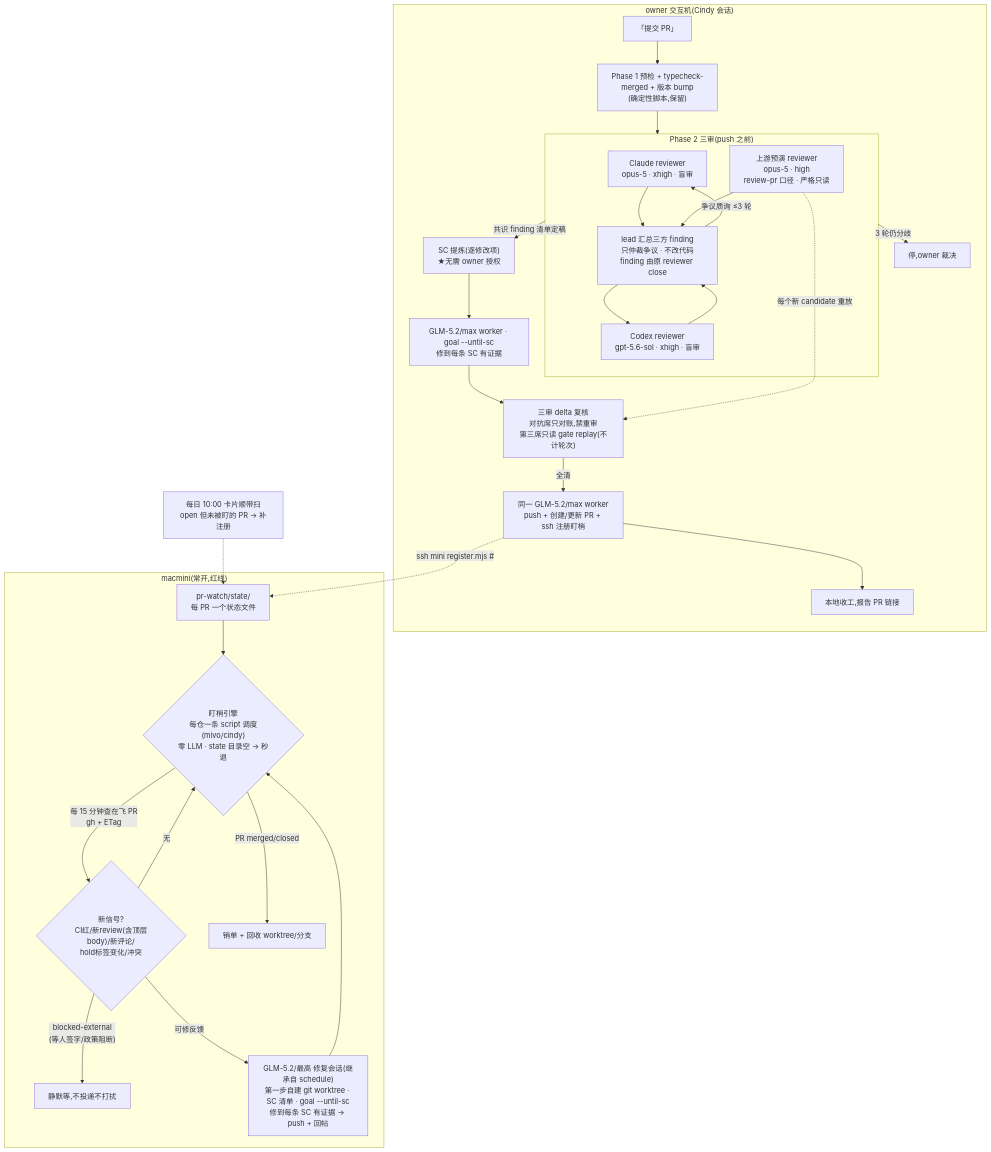
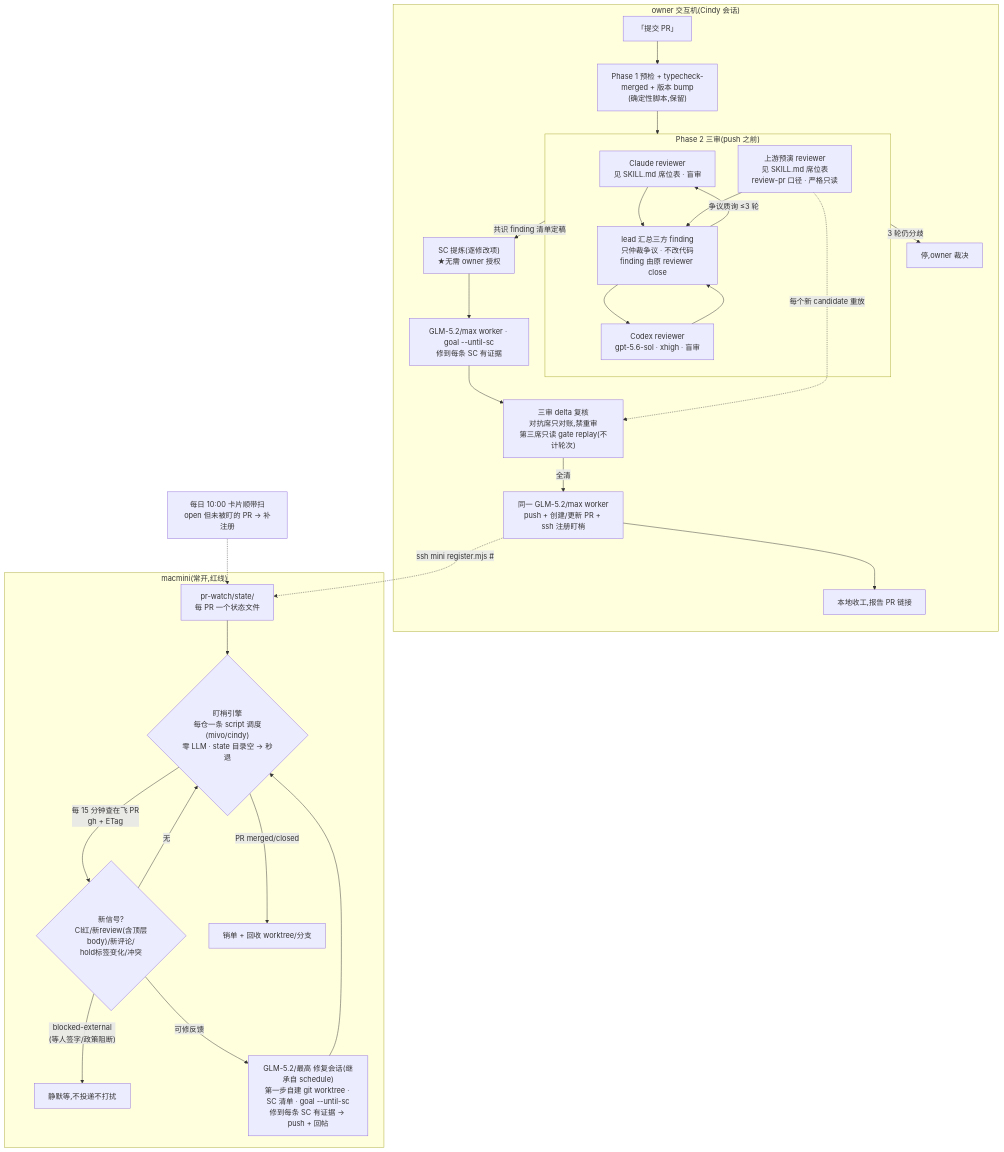
Before and after one commit to PraiseZhu/pr-autopilot: the diagram in docs/plan.md, drawn with Mermaid. The commit also changed other lines of this file and 1 other file, not shown here.

````diff
--- a/docs/plan.md
+++ b/docs/plan.md
@@ -51,43 +51,43 @@
 ```mermaid
 flowchart TD
     subgraph LOCAL["owner 交互机(Cindy 会话)"]
         T["「提交 PR」"] --> P1["Phase 1 预检 + typecheck-merged + 版本 bump<br/>(确定性脚本,保留)"]
         P1 --> DR
 
         subgraph DR["Phase 2 三审(push 之前)"]
-            W1["Claude reviewer<br/>opus-5 · xhigh · 盲审"] 
+            W1["Claude reviewer<br/>见 SKILL.md 席位表 · 盲审"] 
             W2["Codex reviewer<br/>gpt-5.6-sol · xhigh · 盲审"]
-            W3["上游预演 reviewer<br/>opus-5 · high<br/>review-pr 口径 · 严格只读"]
+            W3["上游预演 reviewer<br/>见 SKILL.md 席位表<br/>review-pr 口径 · 严格只读"]
             LEAD["lead 汇总三方 finding<br/>只仲裁争议 · 不改代码<br/>finding 由原 reviewer close"]
             W1 --> LEAD
             W2 --> LEAD
             W3 --> LEAD
             LEAD -->|"争议质询 ≤3 轮"| W1
             LEAD --> W2
         end
 
         DR -->|"共识 finding 清单定稿"| SCX["SC 提炼(逐修改项)<br/>★无需 owner 授权"]
         SCX --> FIXW["GLM-5.2/max worker · goal --until-sc<br/>修到每条 SC 有证据"]
         FIXW --> DELTA["三审 delta 复核<br/>对抗席只对账,禁重审<br/>第三席只读 gate replay(不计轮次)"]
         W3 -.->|"每个新 candidate 重放"| DELTA
         DELTA -->|"全清"| PUSHW["同一 GLM-5.2/max worker<br/>push + 创建/更新 PR + ssh 注册盯梢"]
         DR -->|"3 轮仍分歧"| HALT["停,owner 裁决"]
         PUSHW --> DONE["本地收工,报告 PR 链接"]
     end
 
     PUSHW -.->|"ssh mini register.mjs <repo>#<N>"| WL
 
     subgraph MINI["macmini(常开,红线)"]
         WL["pr-watch/state/<br/>每 PR 一个状态文件"] --> ENG
         ENG{"盯梢引擎<br/>每仓一条 script 调度(mivo/cindy)<br/>零 LLM · state 目录空 → 秒退"}
         ENG -->|"每 15 分钟查在飞 PR<br/>gh + ETag"| SIG
         SIG{"新信号?<br/>CI红/新review(含顶层body)/新评论/<br/>hold标签变化/冲突"}
         SIG -->|"无"| ENG
         SIG -->|"blocked-external<br/>(等人签字/政策阻断)"| WAIT["静默等,不投递不打扰"]
         SIG -->|"可修反馈"| FIX["GLM-5.2/最高 修复会话(继承自 schedule)<br/>第一步自建 git worktree · SC 清单 · goal --until-sc<br/>修到每条 SC 有证据 → push + 回帖"]
         FIX --> ENG
         ENG -->|"PR merged/closed"| CLEAN["销单 + 回收 worktree/分支"]
     end
 
     DIGEST["每日 10:00 卡片顺带扫<br/>open 但未被盯的 PR → 补注册"] -.-> WL
 ```
````
